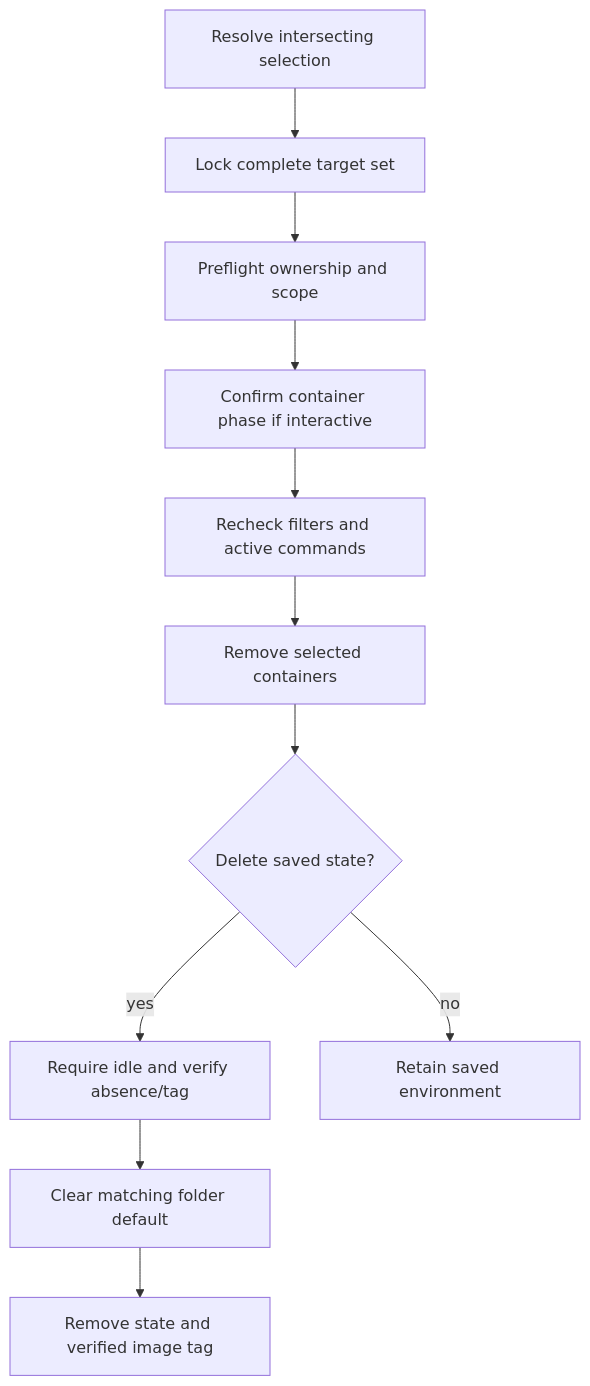
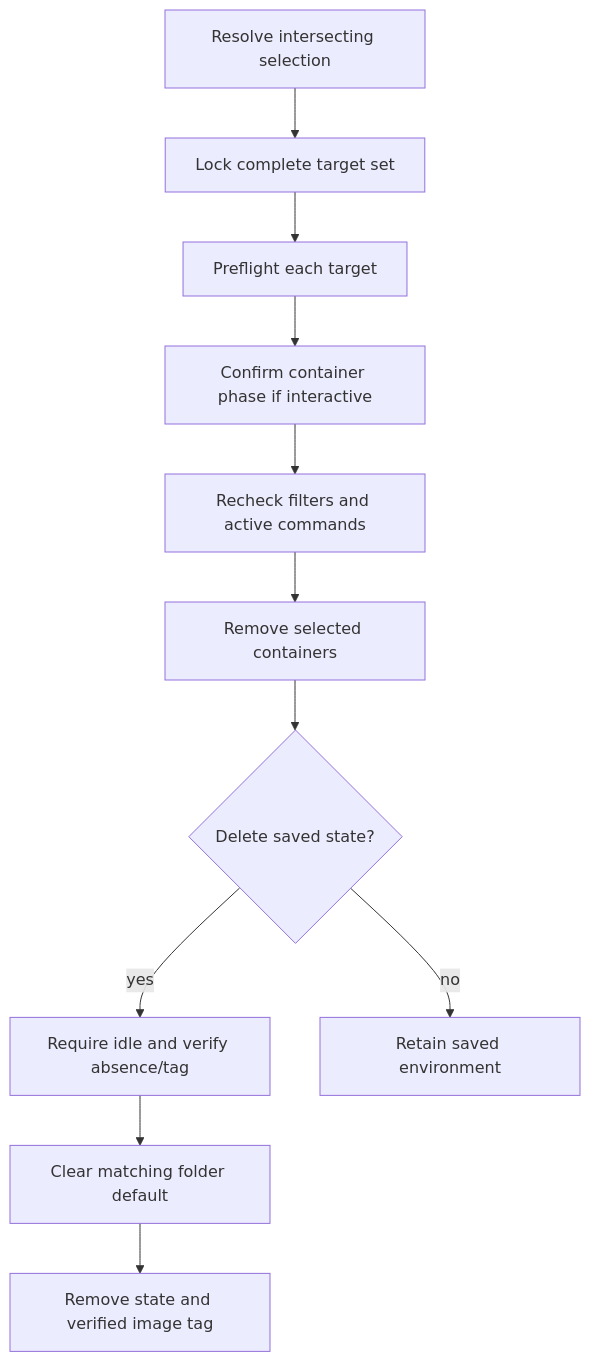
Before and after one commit to pip12345/devbox-neo: the first of 2 diagrams in docs/src/architecture/state.md, drawn with Mermaid. The commit also changed other lines of this file and 22 other files, not shown here.

````diff
--- a/docs/src/architecture/state.md
+++ b/docs/src/architecture/state.md
@@ -95,13 +95,13 @@
 ```mermaid
 flowchart TD
     SELECT[Resolve intersecting selection] --> LOCK[Lock complete target set]
-    LOCK --> CHECK[Preflight ownership and scope]
+    LOCK --> CHECK[Preflight each target]
     CHECK --> CONFIRM[Confirm container phase if interactive]
     CONFIRM --> RECHECK[Recheck filters and active commands]
     RECHECK --> REMOVE[Remove selected containers]
     REMOVE --> SAVE{Delete saved state?}
     SAVE -->|yes| VERIFY[Require idle and verify absence/tag]
     VERIFY --> CLEAR[Clear matching folder default]
     CLEAR --> DELETE[Remove state and verified image tag]
     SAVE -->|no| KEEP[Retain saved environment]
 ```
````
